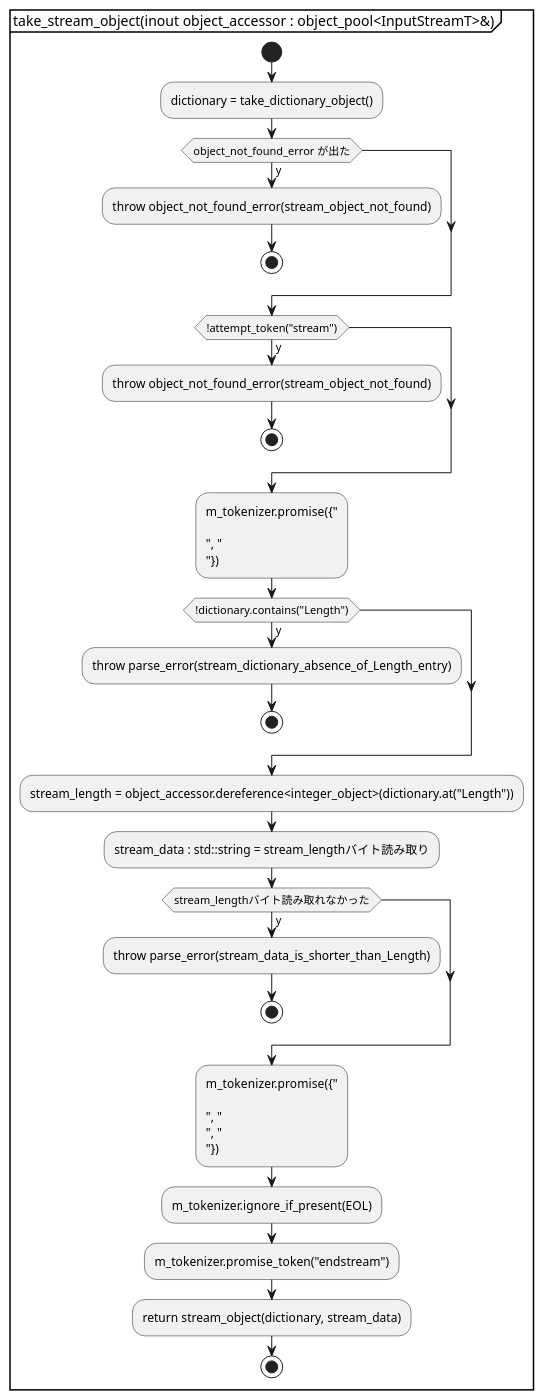
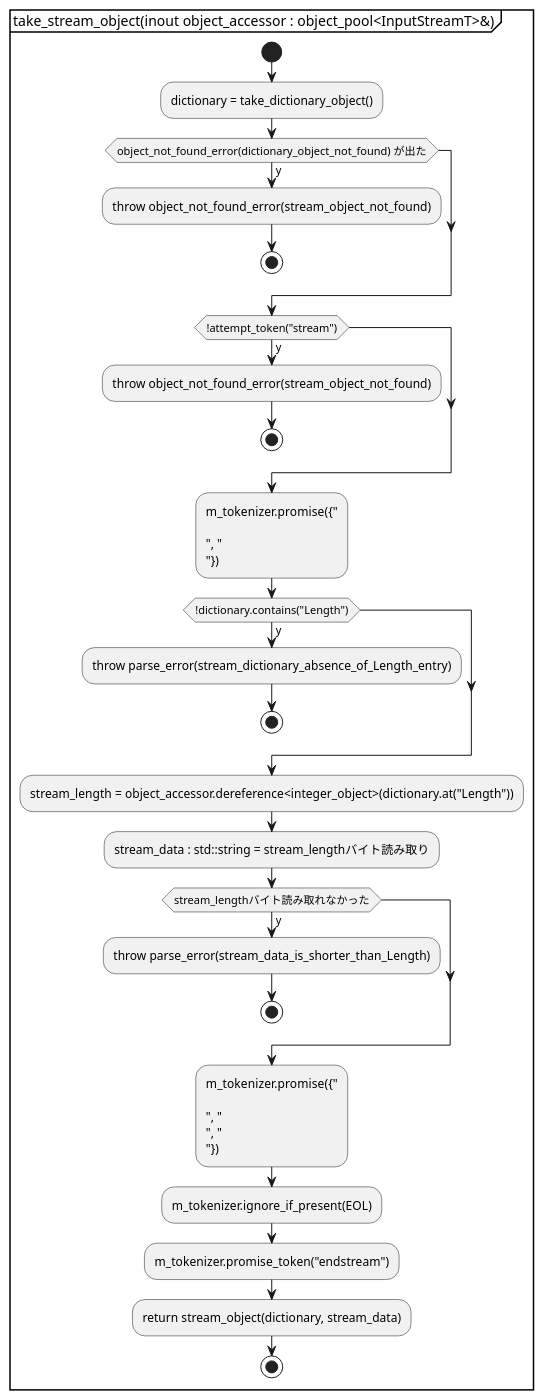
Diagram 15 of 17 in document/stream_parser.activity.pu (KodaiYM/PDFReader), drawn with PlantUML before and after one commit. The commit also changed other lines of this file and 6 other files, not shown here.

Commit message:
take_object_test の作成と、object_not_found_error の catch 時にエラーを特定するようにした

```diff
--- a/document/stream_parser.activity.pu
+++ b/document/stream_parser.activity.pu
@@ -432,40 +432,40 @@
 @startuml take_stream_object
 partition "take_stream_object(inout object_accessor : object_pool<InputStreamT>&)" {
 start
 	:dictionary = take_dictionary_object();
-	if (object_not_found_error が出た) then (y)
+	if (object_not_found_error(dictionary_object_not_found) が出た) then (y)
 		:throw object_not_found_error(stream_object_not_found);
 		stop
 	endif
 
 	if (!attempt_token("stream")) then (y)
 		:throw object_not_found_error(stream_object_not_found);
 		stop
 	endif
 
 	:m_tokenizer.promise({"\r\n", "\n"});
 
 	if (!dictionary.contains("Length")) then (y)
 		:throw parse_error(stream_dictionary_absence_of_Length_entry);
 		stop
 	endif
 
 	:stream_length = object_accessor.dereference<integer_object>(dictionary.at("Length"));
 
 	:stream_data : std::string = stream_lengthバイト読み取り;
 	' HACK: stream_length バイト読み取り中に、Filterに対する明示的なEODマーカーが出現した場合にエラーにする
 	if (stream_lengthバイト読み取れなかった) then (y)
 		:throw parse_error(stream_data_is_shorter_than_Length);
 		stop
 	endif
 
 	:m_tokenizer.promise({"\r\n", "\n", "\r"});
 
 	:m_tokenizer.ignore_if_present(EOL);
 
 	:m_tokenizer.promise_token("endstream");
 	
 	:return stream_object(dictionary, stream_data);
 stop
 }
 @enduml
```
